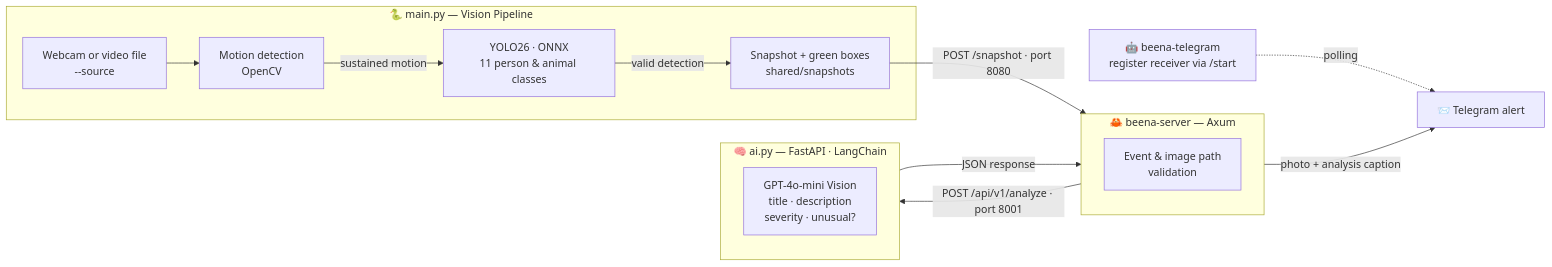
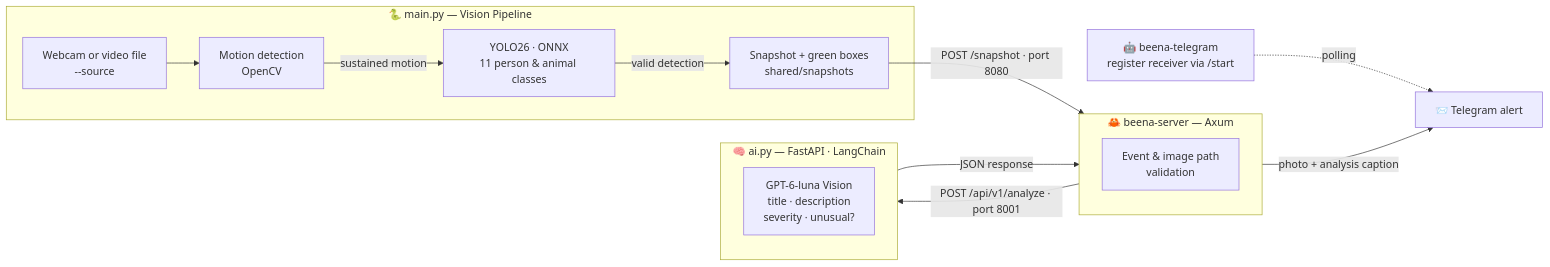
Before and after one commit to Owurk/Beena: the diagram in README.md, drawn with Mermaid. The commit also changed other lines of this file, not shown here.

````diff
--- a/README.md
+++ b/README.md
@@ -45,19 +45,19 @@
 ```mermaid
 flowchart LR
     subgraph V["🐍 main.py — Vision Pipeline"]
         A["Webcam or video file<br/>--source"] --> B["Motion detection<br/>OpenCV"]
         B -- "sustained motion" --> C["YOLO26 · ONNX<br/>11 person & animal classes"]
         C -- "valid detection" --> D["Snapshot + green boxes<br/>shared/snapshots"]
     end
     D -- "POST /snapshot · port 8080" --> S
     subgraph S["🦀 beena-server — Axum"]
         E["Event & image path<br/>validation"]
     end
     S -- "POST /api/v1/analyze · port 8001" --> Z
     subgraph Z["🧠 ai.py — FastAPI · LangChain"]
-        F["GPT-4o-mini Vision<br/>title · description<br/>severity · unusual?"]
+        F["GPT-6-luna Vision<br/>title · description<br/>severity · unusual?"]
     end
     Z -- "JSON response" --> S
     S -- "photo + analysis caption" --> T["📨 Telegram alert"]
     U["🤖 beena-telegram<br/>register receiver via /start"] -. "polling" .-> T
 ```
````
